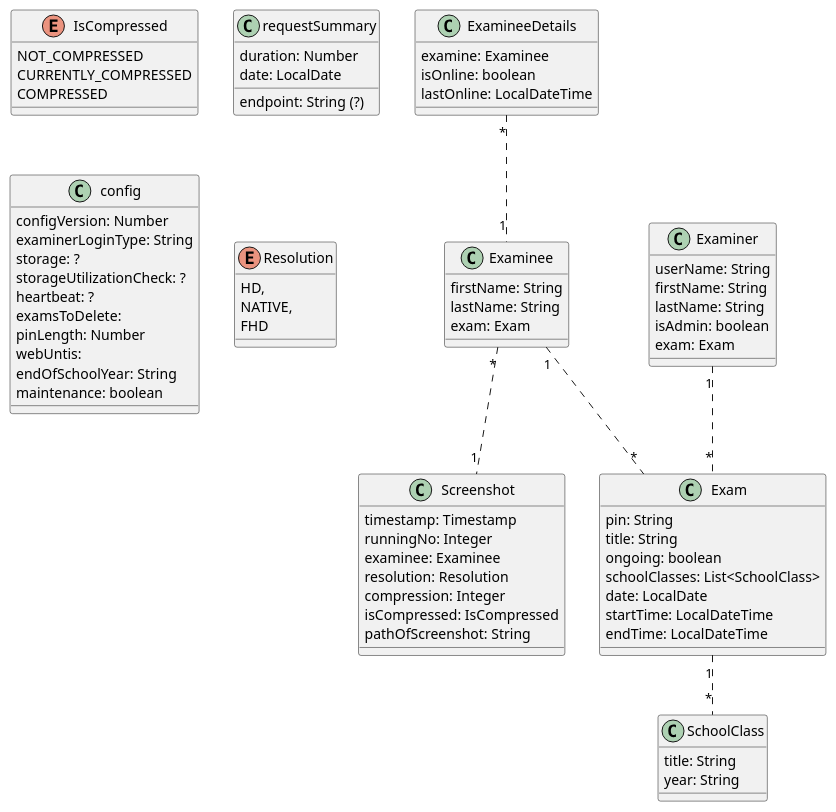
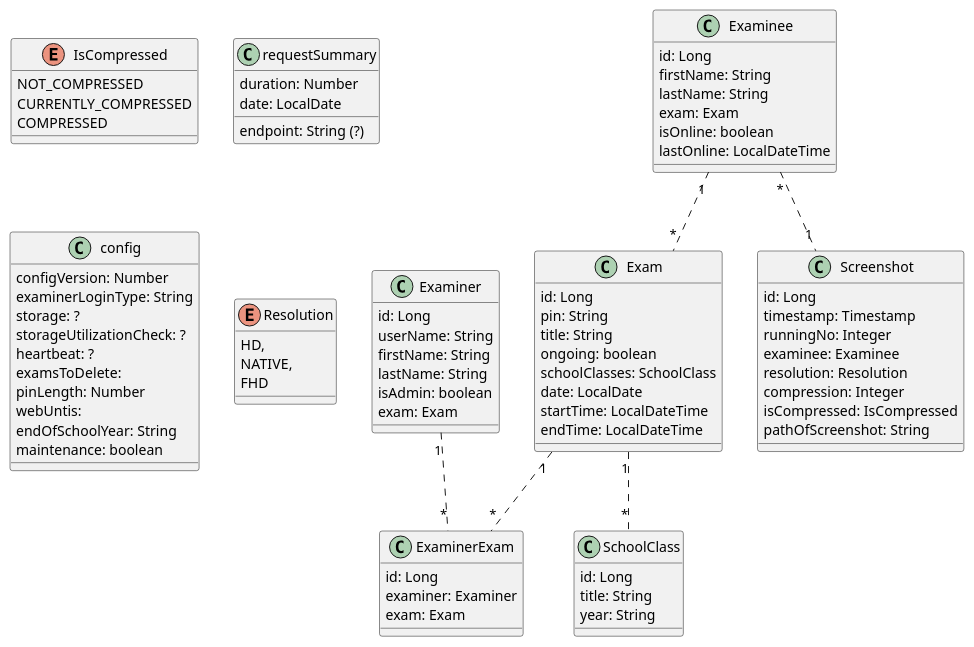
The diagram in docs/asciidocs/plantuml/classDiagram_before.puml (htl-leonding-project/franklyn-quarkus), drawn with PlantUML before and after one commit. The commit also changed 1 other file, not shown here.

```diff
--- a/docs/asciidocs/plantuml/classDiagram_before.puml
+++ b/docs/asciidocs/plantuml/classDiagram_before.puml
@@ -1,90 +1,96 @@
 @startuml
 'https://plantuml.com/class-diagram
 
 
 class Exam{
+    id: Long
     pin: String
     title: String
     ongoing: boolean
-    schoolClasses: List<SchoolClass>
+    schoolClasses: SchoolClass
     date: LocalDate
     startTime: LocalDateTime
     endTime: LocalDateTime
 }
 
+
+
 class Examinee{
+    id: Long
     firstName: String
     lastName: String
     exam: Exam
-}
-
-
-class ExamineeDetails{
-    examine: Examinee
     isOnline: boolean
     lastOnline: LocalDateTime
 }
 
+class ExaminerExam{
+    id: Long
+    examiner: Examiner
+    exam: Exam
+}
+
 class Examiner{
+    id: Long
     userName: String
     firstName: String
     lastName: String
     isAdmin: boolean
     exam: Exam
 }
 
 class Screenshot{
+    id: Long
     timestamp: Timestamp
     runningNo: Integer
     examinee: Examinee
     resolution: Resolution
     compression: Integer
     isCompressed: IsCompressed
     pathOfScreenshot: String
 }
 
 enum IsCompressed{
     NOT_COMPRESSED
     CURRENTLY_COMPRESSED
     COMPRESSED
 }
 
 class requestSummary{
     duration: Number
     endpoint: String (?)
     date: LocalDate
 }
 
 class SchoolClass{
+    id: Long
     title: String
     year: String
 }
 
 class config{
     configVersion: Number
     examinerLoginType: String
     storage: ?
     storageUtilizationCheck: ?
     heartbeat: ?
     examsToDelete:
     pinLength: Number
     webUntis:
     endOfSchoolYear: String
     maintenance: boolean
 }
 
-
 enum Resolution{
     HD,
     NATIVE,
     FHD
 }
 
 
 Examinee "1".."*" Exam
-Examiner "1".."*" Exam
 Examinee "*".."1" Screenshot
-ExamineeDetails "*".."1" Examinee
 Exam "1".."*" SchoolClass
-
+Examiner "1".."*" ExaminerExam
+Exam "1".."*" ExaminerExam
 @enduml
```
